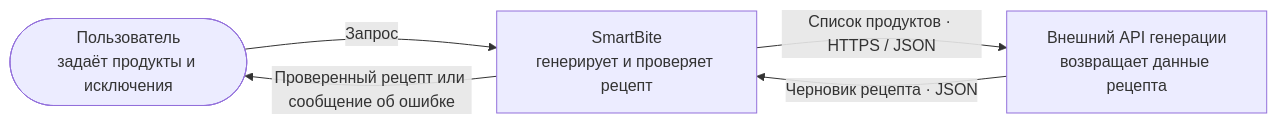
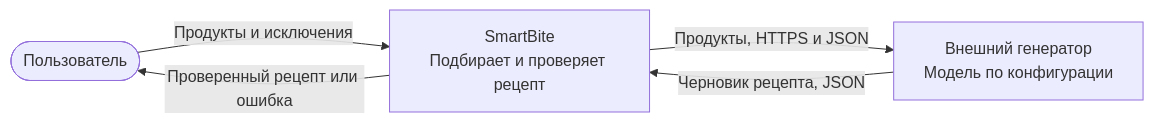
The first of 4 diagrams in architecture/c4.md (Tor250/SmartBite), drawn with Mermaid before and after one commit. The commit also changed other lines of this file and 2 other files, not shown here.

Commit message:
Уточнить целевую архитектуру SmartBite

````diff
--- a/architecture/c4.md
+++ b/architecture/c4.md
@@ -5,10 +7,10 @@
 ```mermaid
 flowchart LR
-    user(["Пользователь<br/>задаёт продукты и исключения"])
-    app["SmartBite<br/>генерирует и проверяет рецепт"]
-    model["Внешний API генерации<br/>возвращает данные рецепта"]
-    user -->|"Запрос"| app
-    app -->|"Список продуктов · HTTPS / JSON"| model
-    model -->|"Черновик рецепта · JSON"| app
-    app -->|"Проверенный рецепт или сообщение об ошибке"| user
+    person([Пользователь])
+    smartbite["SmartBite<br/>Подбирает и проверяет рецепт"]
+    model["Внешний генератор<br/>Модель по конфигурации"]
+    person -->|Продукты и исключения| smartbite
+    smartbite -->|Продукты, HTTPS и JSON| model
+    model -->|Черновик рецепта, JSON| smartbite
+    smartbite -->|Проверенный рецепт или ошибка| person
 ```
````
